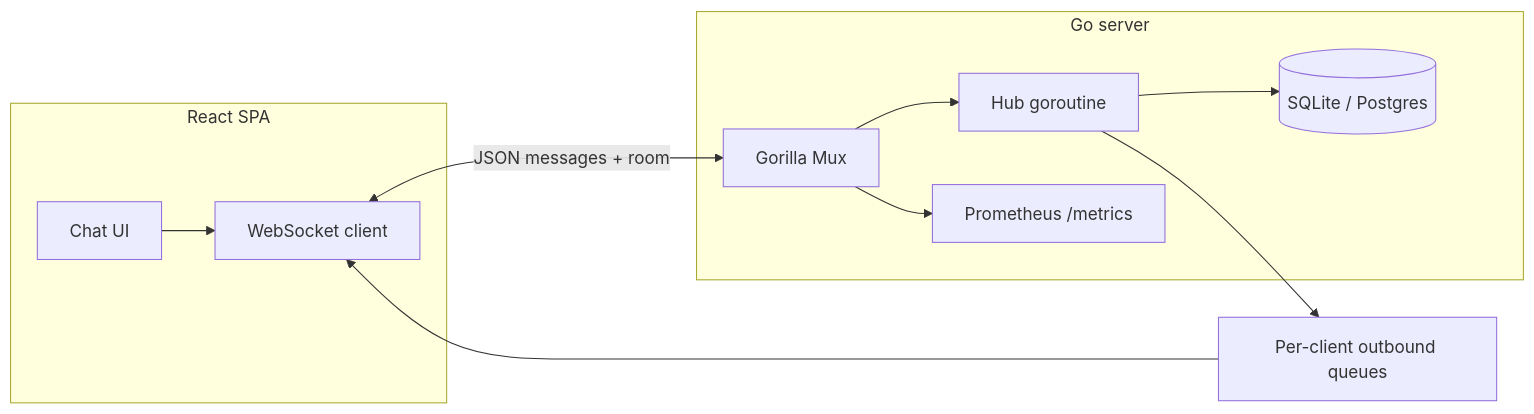
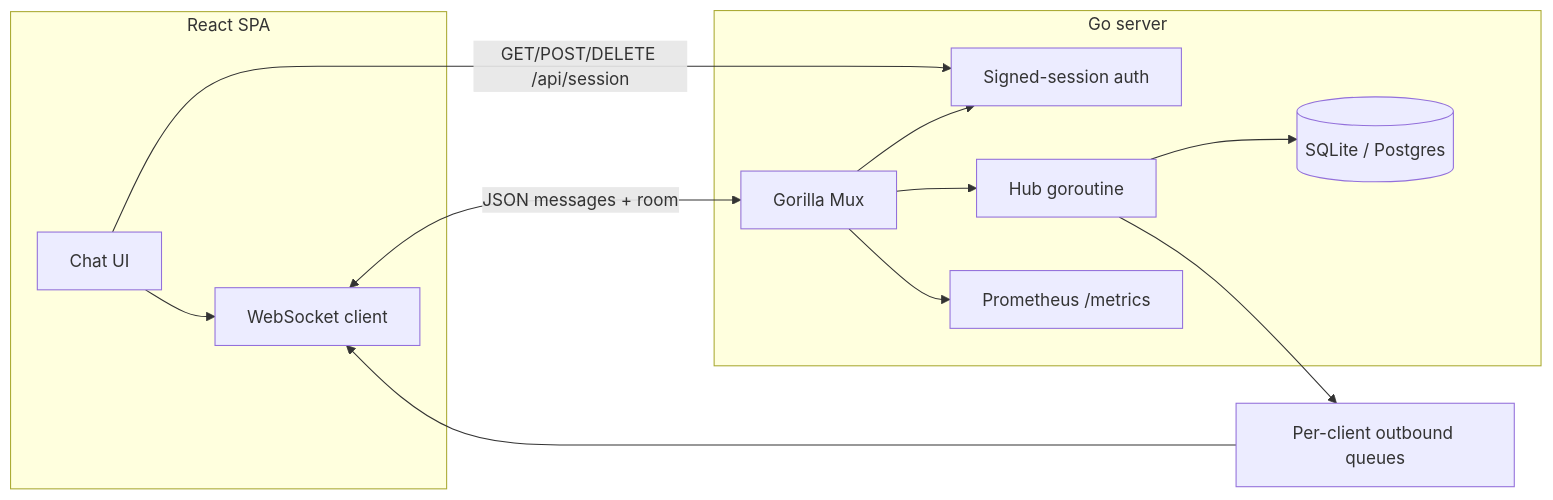
One commit to AlisinaDevelo/Chatster changed the first of 4 diagrams in docs/ARCHITECTURE.md. Above: the diagram before and after it, drawn with Mermaid. The commit also changed other lines of this file and 49 other files, not shown here.

Commit message:
feat: add signed session room authorization

````diff
--- a/docs/ARCHITECTURE.md
+++ b/docs/ARCHITECTURE.md
@@ -7,20 +7,23 @@
 ```mermaid
 flowchart LR
   subgraph client [React SPA]
     UI[Chat UI]
     WSClient[WebSocket client]
   end
   subgraph server [Go server]
     Mux[Gorilla Mux]
+    Auth[Signed-session auth]
     Hub[Hub goroutine]
     DB[(SQLite / Postgres)]
     Prom[Prometheus /metrics]
   end
   UI --> WSClient
+  UI -->|GET/POST/DELETE /api/session| Auth
   WSClient <-->|JSON messages + room| Mux
+  Mux --> Auth
   Mux --> Hub
   Mux --> Prom
   Hub --> DB
   Hub --> Queues[Per-client outbound queues]
   Queues --> WSClient
 ```
````
